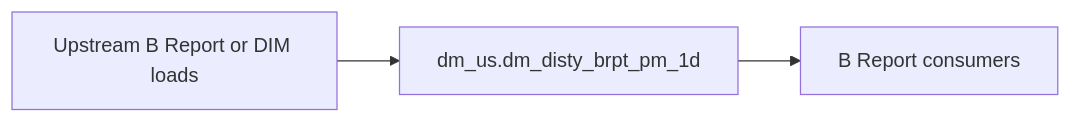
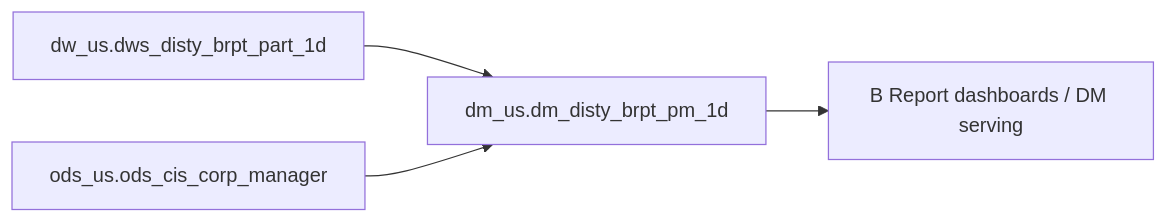
One commit to chengduhaha/data_agent changed the diagram in backend/defaults/b_report/workspace/target/knowledgebase/b-report-us/dm_disty_brpt_pm_1d.md. Above: the diagram before and after it, drawn with Mermaid. The commit also changed other lines of this file and 1108 other files, not shown here.

````diff
--- a/backend/defaults/b_report/workspace/target/knowledgebase/b-report-us/dm_disty_brpt_pm_1d.md
+++ b/backend/defaults/b_report/workspace/target/knowledgebase/b-report-us/dm_disty_brpt_pm_1d.md
@@ -151,8 +271,10 @@
 ```mermaid
 flowchart LR
-  upstream[Upstream B Report or DIM loads]
-  tgt["dm_us.dm_disty_brpt_pm_1d"]
-  brpt[B Report consumers]
-  upstream --> tgt
-  tgt --> brpt
+  dm_us_dm_disty_brpt_pm_1d["dm_us.dm_disty_brpt_pm_1d"]
+  src0["dw_us.dws_disty_brpt_part_1d"]
+  src0 --> dm_us_dm_disty_brpt_pm_1d
+  src1["ods_us.ods_cis_corp_manager"]
+  src1 --> dm_us_dm_disty_brpt_pm_1d
+  consumers["B Report dashboards / DM serving"]
+  dm_us_dm_disty_brpt_pm_1d --> consumers
 ```
````
